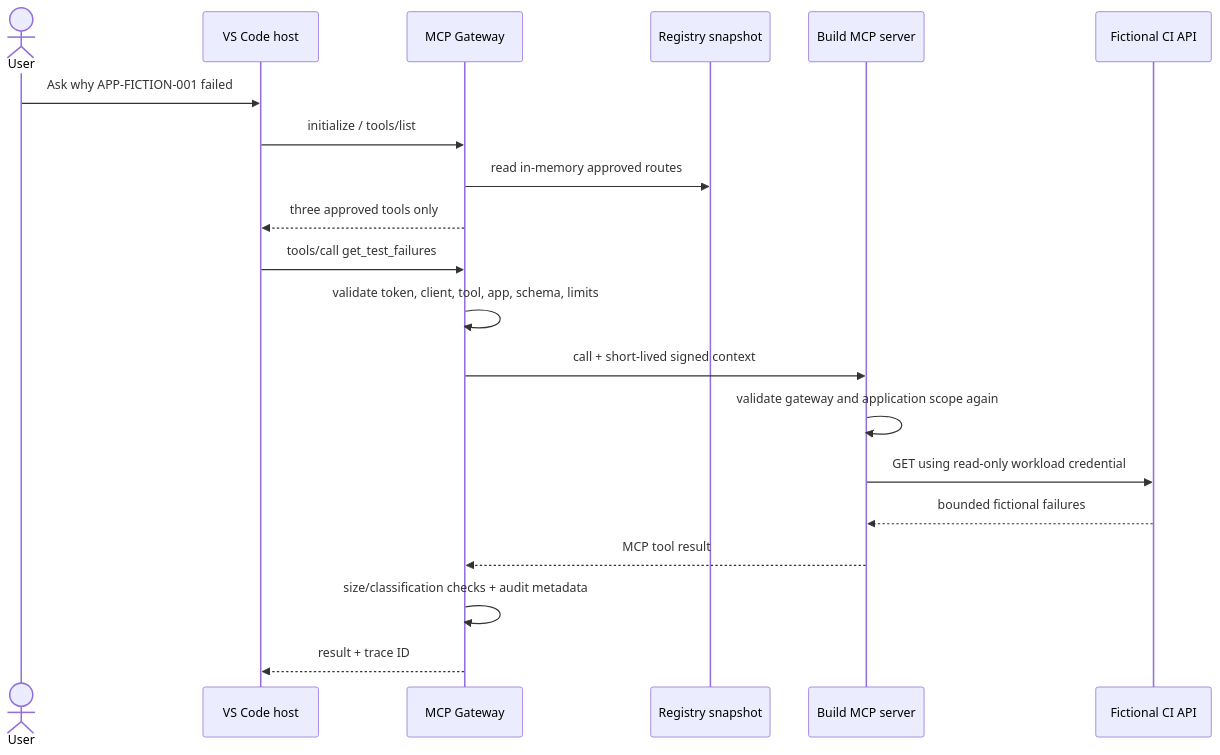
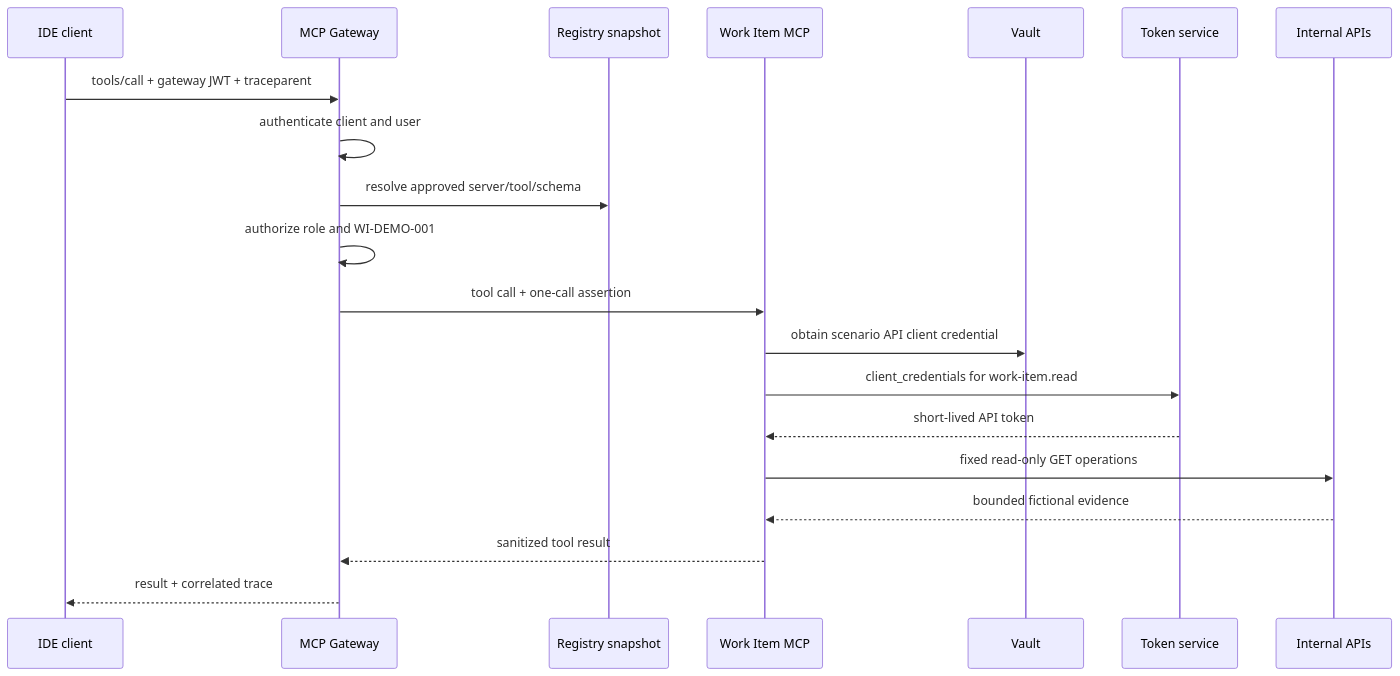
One commit to bipinhcs11/Agentic-AI-Learning-Roadmap changed the second of 2 diagrams in Phase13_Enterprise_MCP_Ecosystem/docs/reference-architecture.md. Above: the diagram before and after it, drawn with Mermaid. The commit also changed other lines of this file and 57 other files, not shown here.

````diff
--- a/Phase13_Enterprise_MCP_Ecosystem/docs/reference-architecture.md
+++ b/Phase13_Enterprise_MCP_Ecosystem/docs/reference-architecture.md
@@ -61,23 +46,23 @@
 ```mermaid
 sequenceDiagram
-    actor User
-    participant IDE as VS Code host
-    participant GW as MCP Gateway
-    participant REG as Registry snapshot
-    participant MCP as Build MCP server
-    participant CI as Fictional CI API
+    participant C as IDE client
+    participant G as MCP Gateway
+    participant R as Registry snapshot
+    participant W as Work Item MCP
+    participant V as Vault
+    participant I as Token service
+    participant A as Internal APIs
 
-    User->>IDE: Ask why APP-FICTION-001 failed
-    IDE->>GW: initialize / tools/list
-    GW->>REG: read in-memory approved routes
-    GW-->>IDE: three approved tools only
-    IDE->>GW: tools/call get_test_failures
-    GW->>GW: validate token, client, tool, app, schema, limits
-    GW->>MCP: call + short-lived signed context
-    MCP->>MCP: validate gateway and application scope again
-    MCP->>CI: GET using read-only workload credential
-    CI-->>MCP: bounded fictional failures
-    MCP-->>GW: MCP tool result
-    GW->>GW: size/classification checks + audit metadata
-    GW-->>IDE: result + trace ID
+    C->>G: tools/call + gateway JWT + traceparent
+    G->>G: authenticate client and user
+    G->>R: resolve approved server/tool/schema
+    G->>G: authorize role and WI-DEMO-001
+    G->>W: tool call + one-call assertion
+    W->>V: obtain scenario API client credential
+    W->>I: client_credentials for work-item.read
+    I-->>W: short-lived API token
+    W->>A: fixed read-only GET operations
+    A-->>W: bounded fictional evidence
+    W-->>G: sanitized tool result
+    G-->>C: result + correlated trace
 ```
````
